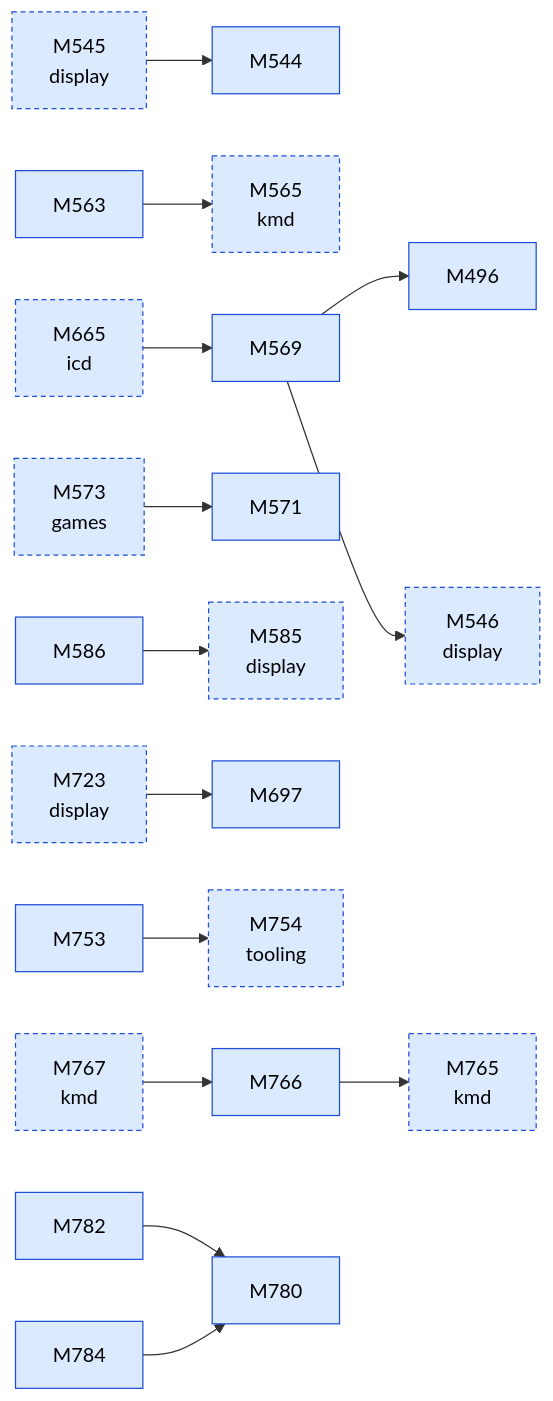
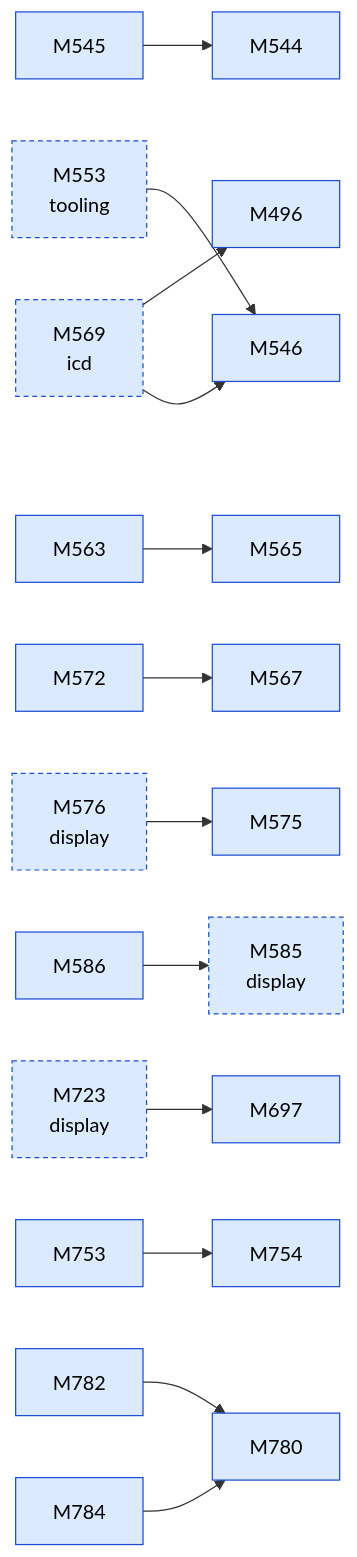
One commit to D-Ogi/amdgpu-wddm changed the second of 2 diagrams in docs/facts/graphs/d3d.md. Above: the diagram before and after it, drawn with Mermaid. The commit also changed other lines of this file and 27 other files, not shown here.

````diff
--- a/docs/facts/graphs/d3d.md
+++ b/docs/facts/graphs/d3d.md
@@ -28,44 +27,42 @@
 ```mermaid
 flowchart LR
   M496["M496"]:::MEASURED
   M544["M544"]:::MEASURED
-  M545["M545<br/>display"]:::MEASURED
-  M546["M546<br/>display"]:::MEASURED
+  M545["M545"]:::MEASURED
+  M546["M546"]:::MEASURED
+  M553["M553<br/>tooling"]:::MEASURED
   M563["M563"]:::MEASURED
-  M565["M565<br/>kmd"]:::MEASURED
-  M569["M569"]:::MEASURED
-  M571["M571"]:::MEASURED
-  M573["M573<br/>games"]:::MEASURED
+  M565["M565"]:::MEASURED
+  M567["M567"]:::MEASURED
+  M569["M569<br/>icd"]:::MEASURED
+  M572["M572"]:::MEASURED
+  M575["M575"]:::MEASURED
+  M576["M576<br/>display"]:::MEASURED
   M585["M585<br/>display"]:::MEASURED
   M586["M586"]:::MEASURED
-  M665["M665<br/>icd"]:::MEASURED
   M697["M697"]:::MEASURED
   M723["M723<br/>display"]:::MEASURED
   M753["M753"]:::MEASURED
-  M754["M754<br/>tooling"]:::MEASURED
-  M765["M765<br/>kmd"]:::MEASURED
-  M766["M766"]:::MEASURED
-  M767["M767<br/>kmd"]:::MEASURED
+  M754["M754"]:::MEASURED
   M780["M780"]:::MEASURED
   M782["M782"]:::MEASURED
   M784["M784"]:::MEASURED
-  M767 --> M766
-  M545 --> M544
+  M576 --> M575
   M723 --> M697
-  M665 --> M569
-  M563 --> M565
   M569 --> M496
   M569 --> M546
+  M545 --> M544
+  M563 --> M565
+  M572 --> M567
   M586 --> M585
   M753 --> M754
-  M766 --> M765
   M782 --> M780
   M784 --> M780
-  M573 --> M571
+  M553 --> M546
   classDef HYPOTHESIS fill:#fff3c4,stroke:#9a7b00,color:#000
   classDef MEASURED fill:#dbeafe,stroke:#1d4ed8,color:#000
   classDef CONFIRMED fill:#d1fae5,stroke:#047857,color:#000
   classDef REFUTED fill:#fee2e2,stroke:#b91c1c,color:#000
   classDef other stroke-dasharray:4 3
-  class M545,M546,M565,M573,M585,M665,M723,M754,M765,M767 other
+  class M553,M569,M576,M585,M723 other
 ```
````
